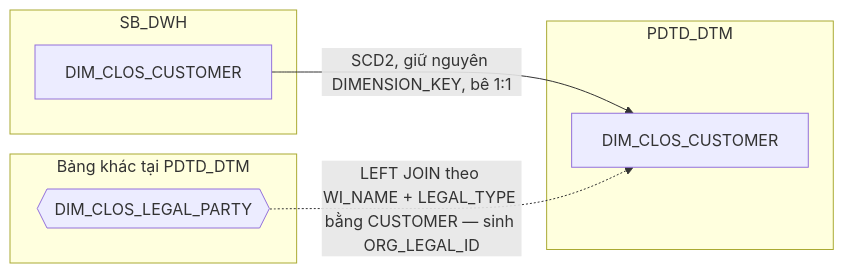
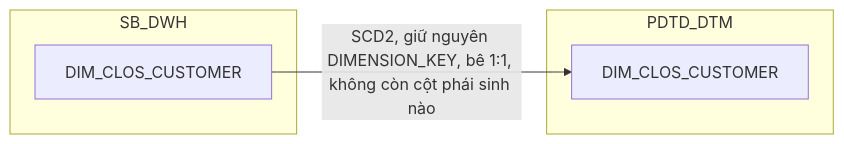
The fourth of 18 diagrams in hld/hld_review/HLD_DIM_PDTD_DTM_review.md (chien1198/sb-mapping-gen), drawn with Mermaid before and after one commit. The commit also changed other lines of this file and 183 other files, not shown here.

````diff
--- a/hld/hld_review/HLD_DIM_PDTD_DTM_review.md
+++ b/hld/hld_review/HLD_DIM_PDTD_DTM_review.md
@@ -221,14 +180,10 @@
 ```mermaid
 flowchart LR
     subgraph SB_DWH
         C["DIM_CLOS_CUSTOMER"]
     end
-    subgraph REF_DTM["Bảng khác tại PDTD_DTM"]
-        R{{"DIM_CLOS_LEGAL_PARTY"}}
-    end
     subgraph PDTD_DTM
         D["DIM_CLOS_CUSTOMER"]
     end
-    C -->|SCD2, giữ nguyên DIMENSION_KEY, bê 1:1| D
-    R -.->|LEFT JOIN theo WI_NAME + LEGAL_TYPE bằng CUSTOMER — sinh ORG_LEGAL_ID| D
+    C -->|SCD2, giữ nguyên DIMENSION_KEY, bê 1:1, không còn cột phái sinh nào| D
 ```
````
